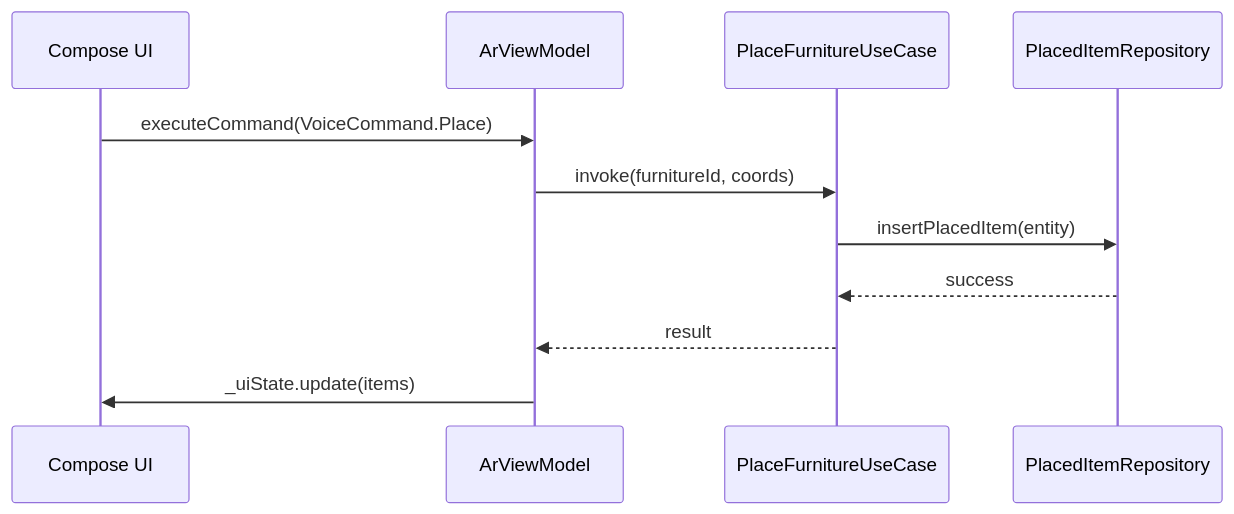
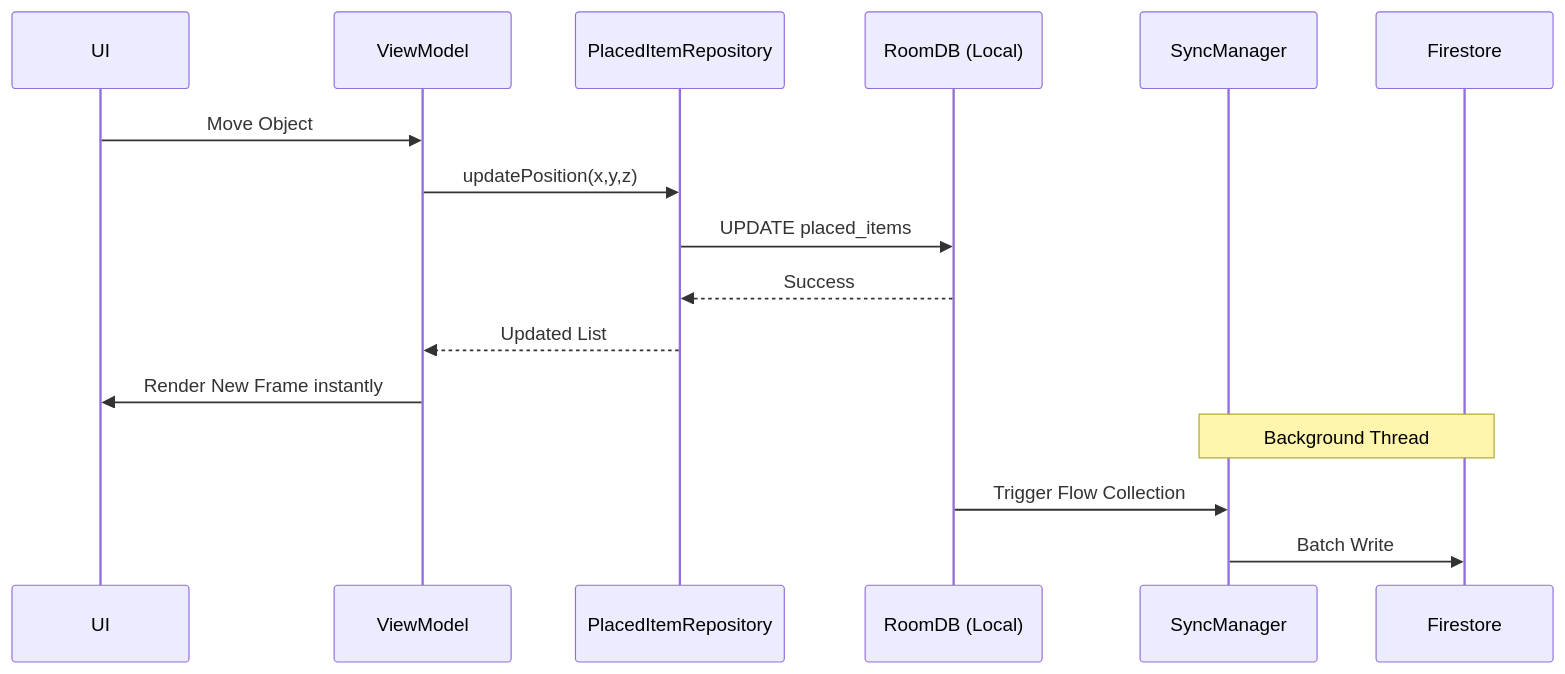
Before and after one commit to Vinoth-ai-20/lumiroom: the second of 2 diagrams in docs/Architecture.md, drawn with Mermaid. The commit also changed other lines of this file and 27 other files, not shown here.

Commit message:
docs: add complete IEEE/ISO compliant architecture and UML documentation suite

````diff
--- a/docs/Architecture.md
+++ b/docs/Architecture.md
@@ -72,14 +71,20 @@
 ```mermaid
 sequenceDiagram
-    participant UI as Compose UI
-    participant VM as ArViewModel
-    participant UC as PlaceFurnitureUseCase
+    participant UI
+    participant VM as ViewModel
     participant Repo as PlacedItemRepository
+    participant Room as RoomDB (Local)
+    participant Sync as SyncManager
+    participant FB as Firestore
     
-    UI->>VM: executeCommand(VoiceCommand.Place)
-    VM->>UC: invoke(furnitureId, coords)
-    UC->>Repo: insertPlacedItem(entity)
-    Repo-->>UC: success
-    UC-->>VM: result
-    VM->>UI: _uiState.update(items)
+    UI->>VM: Move Object
+    VM->>Repo: updatePosition(x,y,z)
+    Repo->>Room: UPDATE placed_items
+    Room-->>Repo: Success
+    Repo-->>VM: Updated List
+    VM->>UI: Render New Frame instantly
+    
+    Note over Sync, FB: Background Thread
+    Room->>Sync: Trigger Flow Collection
+    Sync->>FB: Batch Write
 ```
````
